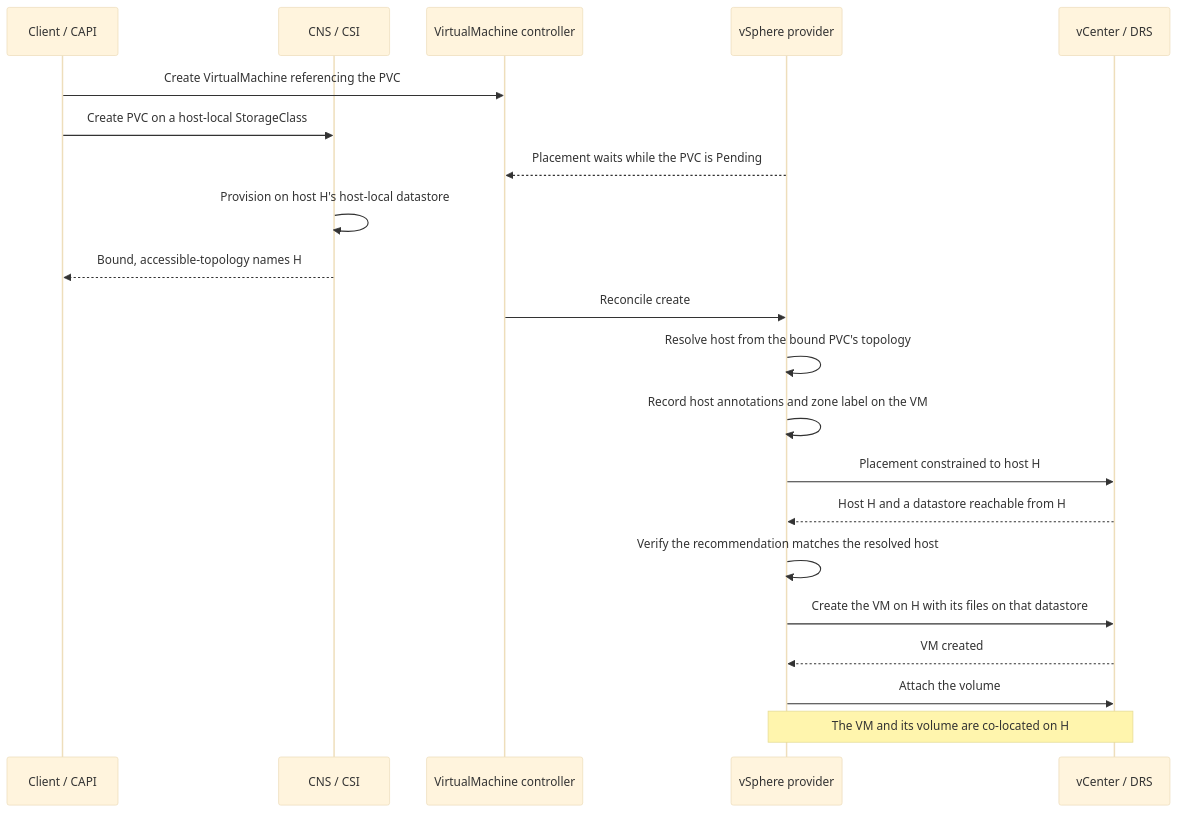
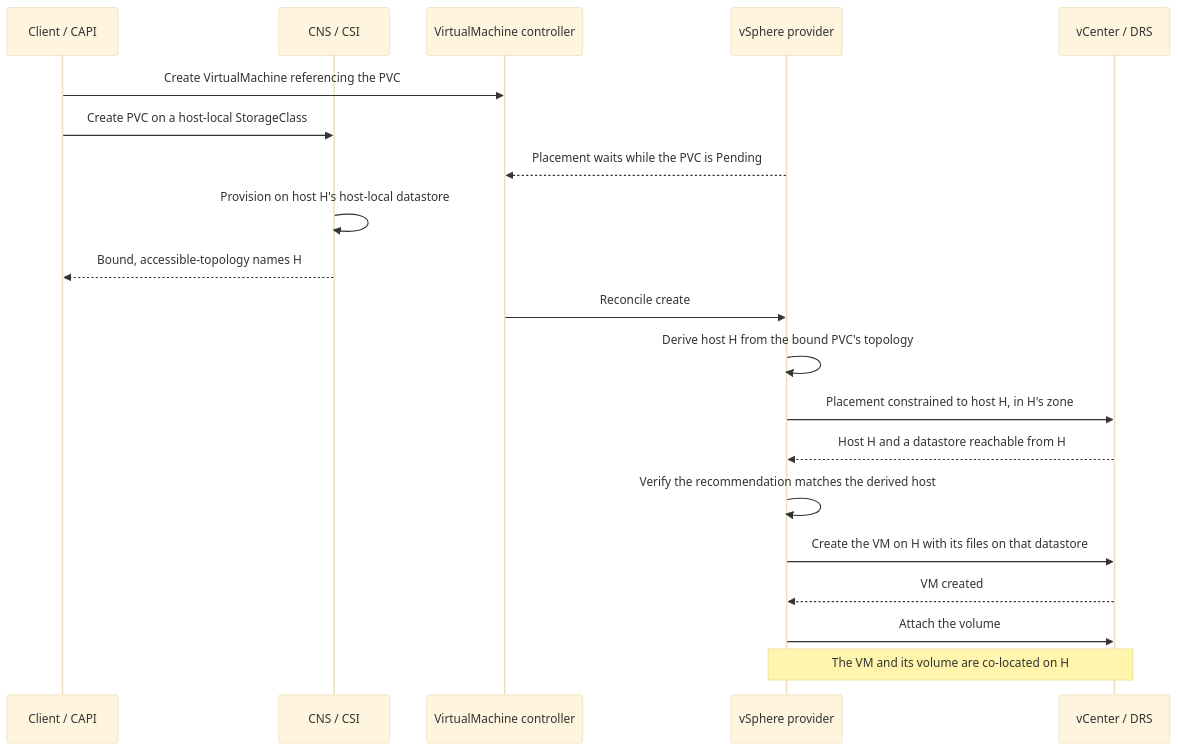
The seventh of 8 diagrams in .sdd/specs/004-host-local-storage/architecture.md (vmware-tanzu/vm-operator), drawn with Mermaid (base theme) before and after one commit. The commit also changed other lines of this file and 26 other files, not shown here.

````diff
--- a/.sdd/specs/004-host-local-storage/architecture.md
+++ b/.sdd/specs/004-host-local-storage/architecture.md
@@ -401,24 +411,23 @@
 ```mermaid
 sequenceDiagram
     participant Client as Client / CAPI
     participant CSI as CNS / CSI
     participant VMC as VirtualMachine controller
     participant Prov as vSphere provider
     participant VC as vCenter / DRS
 
     Client->>VMC: Create VirtualMachine referencing the PVC
     Client->>CSI: Create PVC on a host-local StorageClass
     Prov-->>VMC: Placement waits while the PVC is Pending
     CSI->>CSI: Provision on host H's host-local datastore
     CSI-->>Client: Bound, accessible-topology names H
     VMC->>Prov: Reconcile create
-    Prov->>Prov: Resolve host from the bound PVC's topology
-    Prov->>Prov: Record host annotations and zone label on the VM
-    Prov->>VC: Placement constrained to host H
+    Prov->>Prov: Derive host H from the bound PVC's topology
+    Prov->>VC: Placement constrained to host H, in H's zone
     VC-->>Prov: Host H and a datastore reachable from H
-    Prov->>Prov: Verify the recommendation matches the resolved host
+    Prov->>Prov: Verify the recommendation matches the derived host
     Prov->>VC: Create the VM on H with its files on that datastore
     VC-->>Prov: VM created
     Prov->>VC: Attach the volume
     Note over Prov,VC: The VM and its volume are co-located on H
 ```
````
